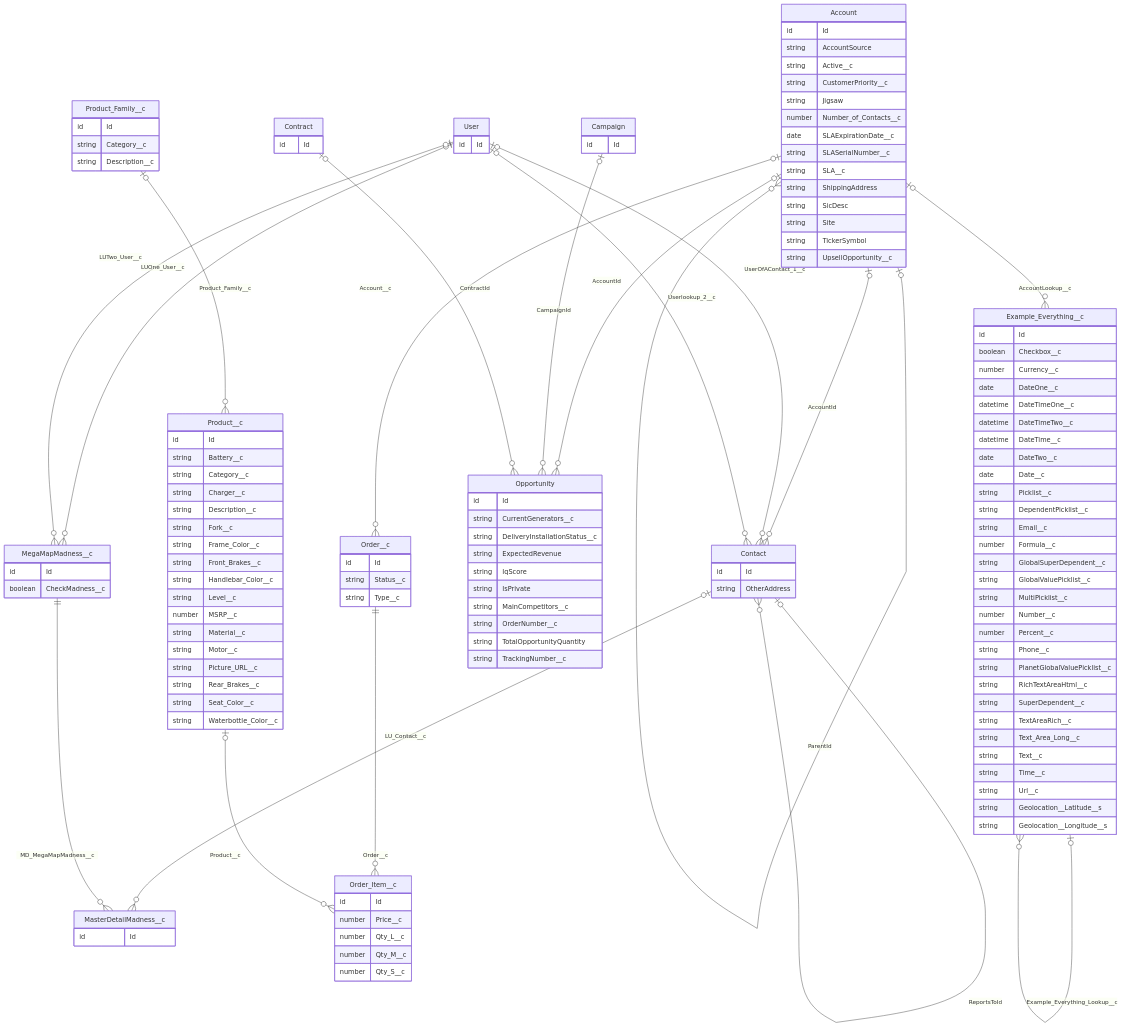
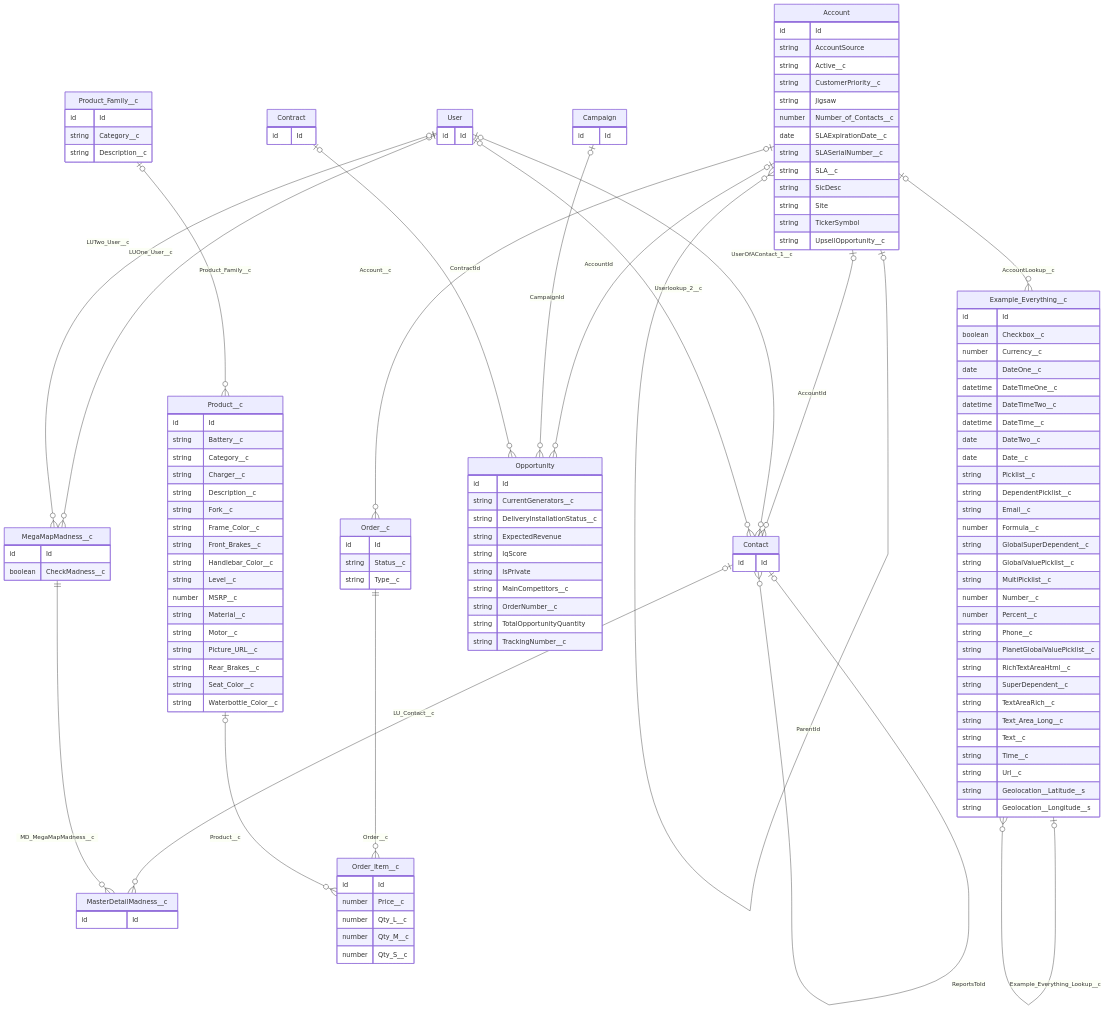
One commit to jdschleicher/Salesforce-Data-Treecipe changed the diagram in src/treecipe/src/ExtensionCommandService/tests/golden/faker-js/GeneratedRecipes/recipe-fakerjs-{TIMESTAMP}/Account-thru-Order_Item__c/mermaid-erd--Account-thru-Order_Item__c-{TIMESTAMP}.md. Above: the diagram before and after it, drawn with Mermaid. The commit also changed 46 other files, not shown here.

```diff
--- a/src/treecipe/src/ExtensionCommandService/tests/golden/faker-js/GeneratedRecipes/recipe-fakerjs-{TIMESTAMP}/Account-thru-Order_Item__c/mermaid-erd--Account-thru-Order_Item__c-{TIMESTAMP}.md
+++ b/src/treecipe/src/ExtensionCommandService/tests/golden/faker-js/GeneratedRecipes/recipe-fakerjs-{TIMESTAMP}/Account-thru-Order_Item__c/mermaid-erd--Account-thru-Order_Item__c-{TIMESTAMP}.md
@@ -23,7 +23,6 @@
         date SLAExpirationDate__c
         string SLASerialNumber__c
         string SLA__c
-        string ShippingAddress
         string SicDesc
         string Site
         string TickerSymbol
@@ -34,7 +33,6 @@
     }
     Contact {
         id Id
-        string OtherAddress
     }
     Contract {
         id Id
```
